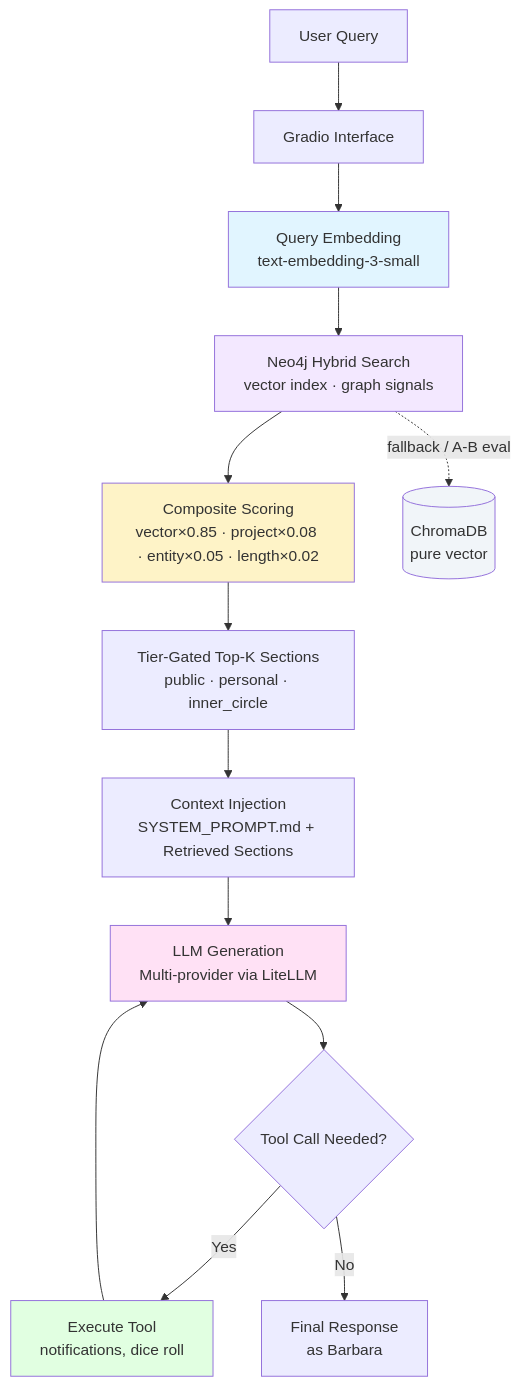
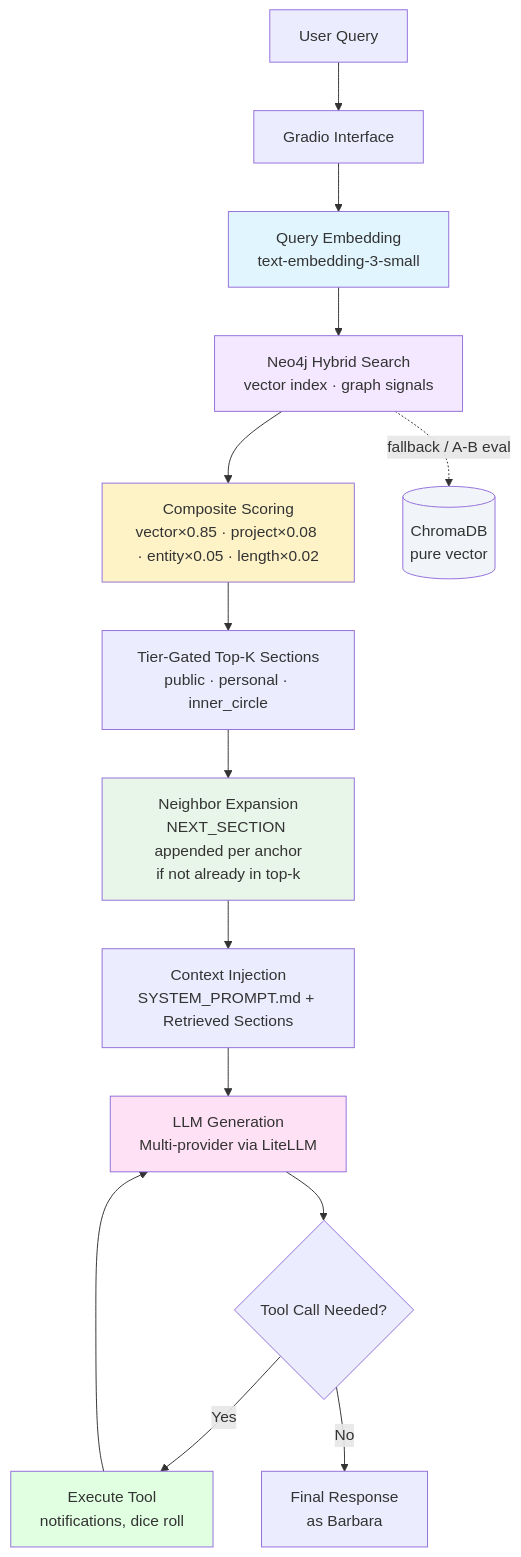
One commit to dagny099/barbs-digital-twin changed the first of 3 diagrams in docs/DEVELOPER_GUIDE.md. Above: the diagram before and after it, drawn with Mermaid. The commit also changed other lines of this file and 14 other files, not shown here.

Commit message:
fixed documentation to reflect neighbor section retrieved in Neo4j pipeline

````diff
--- a/docs/DEVELOPER_GUIDE.md
+++ b/docs/DEVELOPER_GUIDE.md
@@ -110,22 +110,24 @@
 ```mermaid
 graph TD
     A[User Query] --> B[Gradio Interface]
     B --> C[Query Embedding<br/>text-embedding-3-small]
     C --> D[Neo4j Hybrid Search<br/>vector index · graph signals]
     D --> E[Composite Scoring<br/>vector×0.85 · project×0.08 · entity×0.05 · length×0.02]
     E --> F[Tier-Gated Top-K Sections<br/>public · personal · inner_circle]
-    F --> G[Context Injection<br/>SYSTEM_PROMPT.md + Retrieved Sections]
+    F --> N[Neighbor Expansion<br/>NEXT_SECTION appended per anchor<br/>if not already in top-k]
+    N --> G[Context Injection<br/>SYSTEM_PROMPT.md + Retrieved Sections]
     G --> H[LLM Generation<br/>Multi-provider via LiteLLM]
     H --> I{Tool Call Needed?}
     I -->|Yes| J[Execute Tool<br/>notifications, dice roll]
     J --> H
     I -->|No| K[Final Response<br/>as Barbara]
     D -.->|fallback / A-B eval| L[(ChromaDB<br/>pure vector)]
 
     style C fill:#e1f5ff
     style D fill:#f3e8ff
     style E fill:#fef3c7
+    style N fill:#e8f5e9
     style H fill:#ffe1f5
     style J fill:#e1ffe1
     style L fill:#f1f5f9
 ```
````
